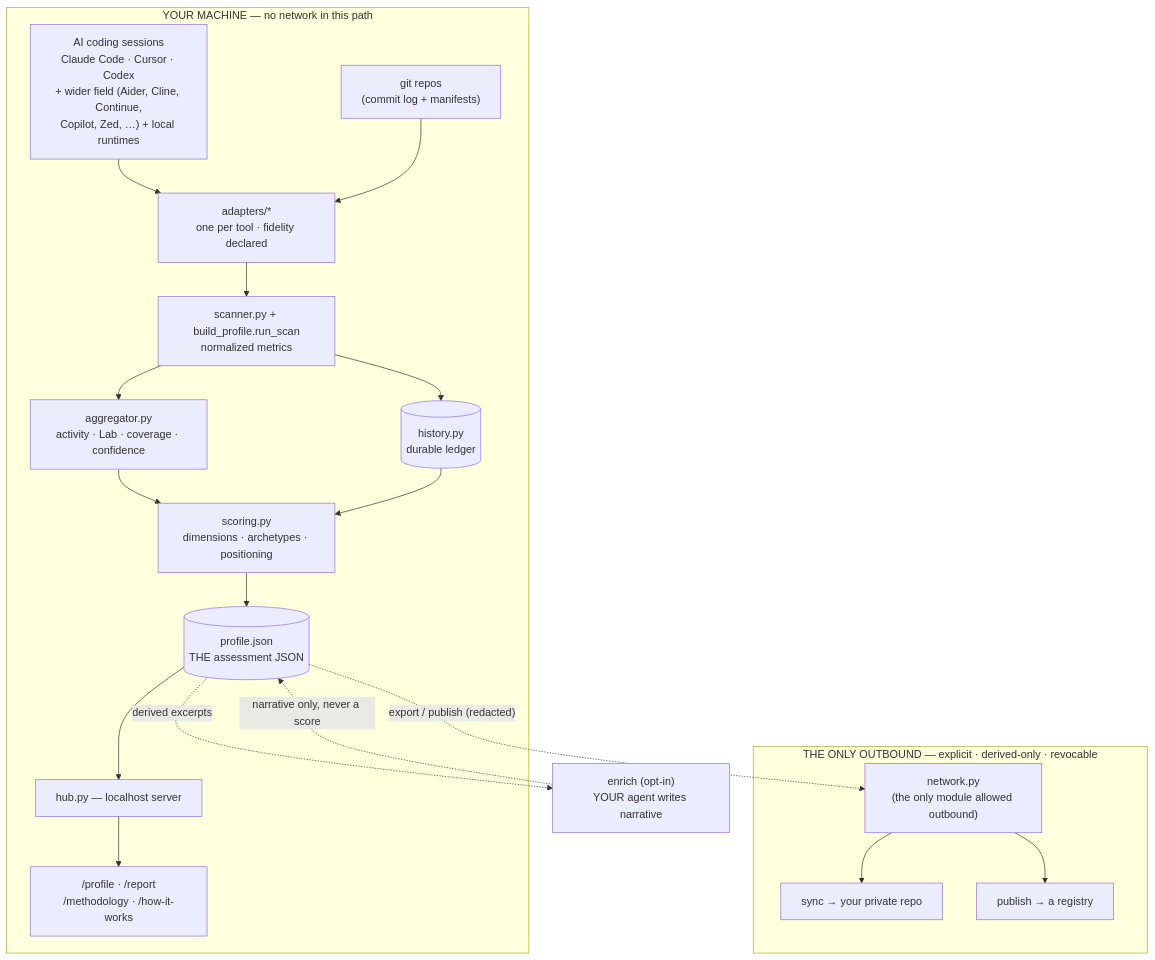
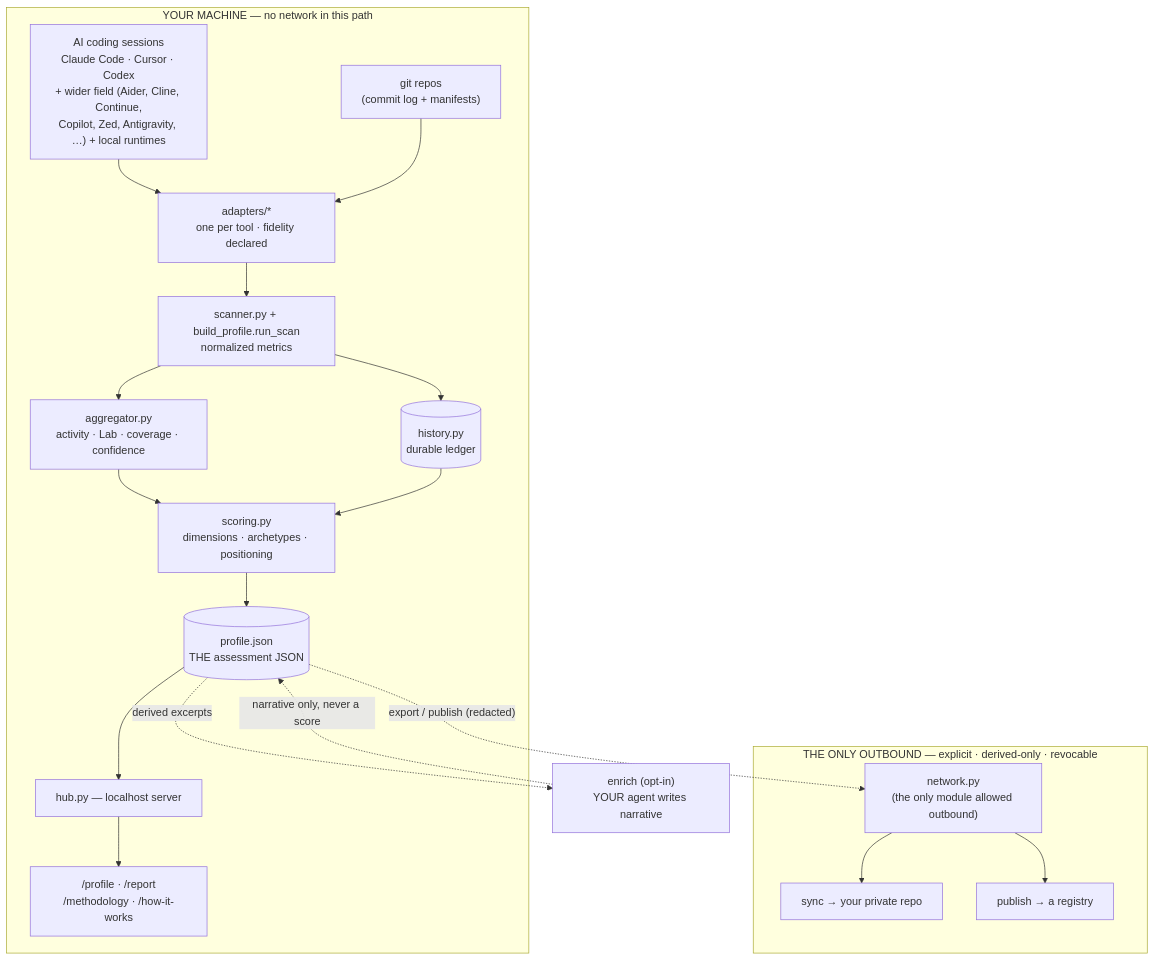
The diagram in docs/REPO-FLOW.md (jimit24365/cruise-ai), drawn with Mermaid before and after one commit. The commit also changed 20 other files, not shown here.

````diff
--- a/docs/REPO-FLOW.md
+++ b/docs/REPO-FLOW.md
@@ -10,37 +10,37 @@
 ```mermaid
 flowchart TD
     subgraph local["YOUR MACHINE — no network in this path"]
-        S["AI coding sessions<br/>Claude Code · Cursor · Codex<br/>+ wider field (Aider, Cline, Continue,<br/>Copilot, Zed, …) + local runtimes"]
+        S["AI coding sessions<br/>Claude Code · Cursor · Codex<br/>+ wider field (Aider, Cline, Continue,<br/>Copilot, Zed, Antigravity, …) + local runtimes"]
         G["git repos<br/>(commit log + manifests)"]
         A["adapters/*<br/>one per tool · fidelity declared"]
         SC["scanner.py + build_profile.run_scan<br/>normalized metrics"]
         L[("history.py<br/>durable ledger")]
         AG["aggregator.py<br/>activity · Lab · coverage · confidence"]
         SCO["scoring.py<br/>dimensions · archetypes · positioning"]
         P[("profile.json<br/>THE assessment JSON")]
         HUB["hub.py — localhost server"]
         V["/profile · /report<br/>/methodology · /how-it-works"]
         S --> A
         G --> A
         A --> SC
         SC --> L
         SC --> AG
         AG --> SCO
         L --> SCO
         SCO --> P
         P --> HUB --> V
     end
 
     EN["enrich (opt-in)<br/>YOUR agent writes narrative"]
     P -. derived excerpts .-> EN
     EN -. narrative only, never a score .-> P
 
     subgraph out["THE ONLY OUTBOUND — explicit · derived-only · revocable"]
         NET["network.py<br/>(the only module allowed outbound)"]
         SYNC["sync → your private repo"]
         PUB["publish → a registry"]
     end
     P -. export / publish (redacted) .-> NET
     NET --> SYNC
     NET --> PUB
 ```
````
